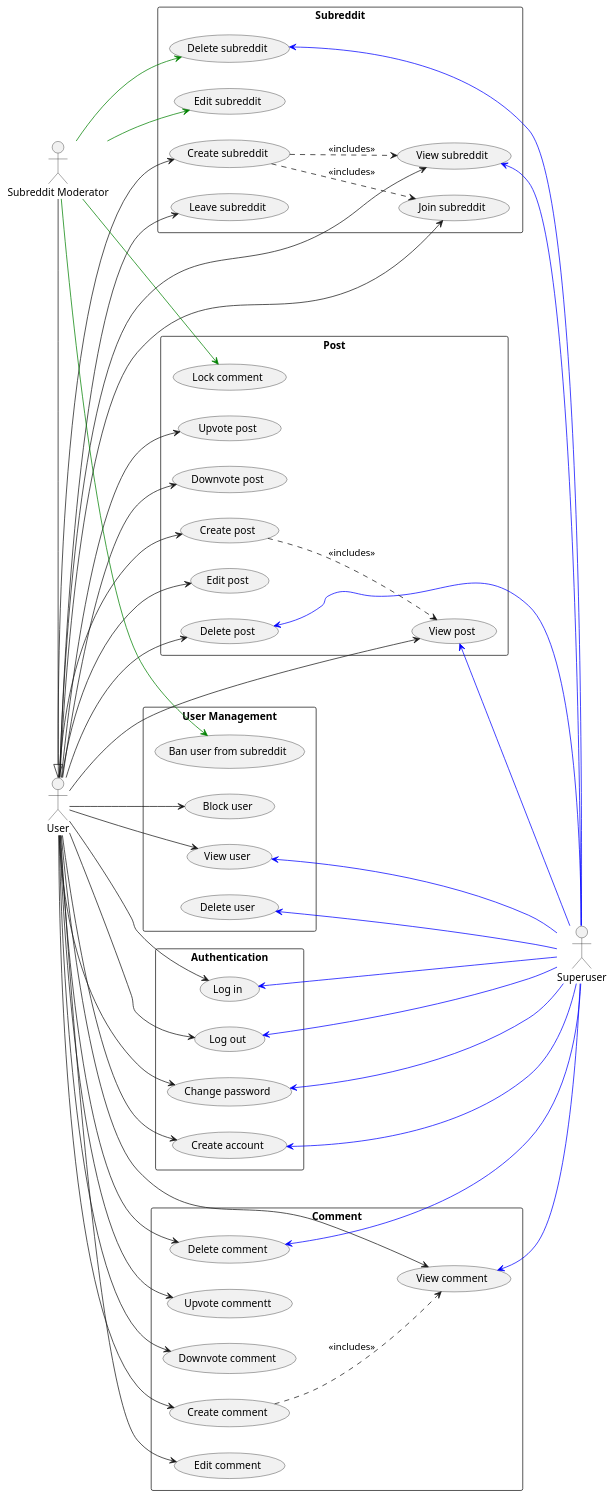
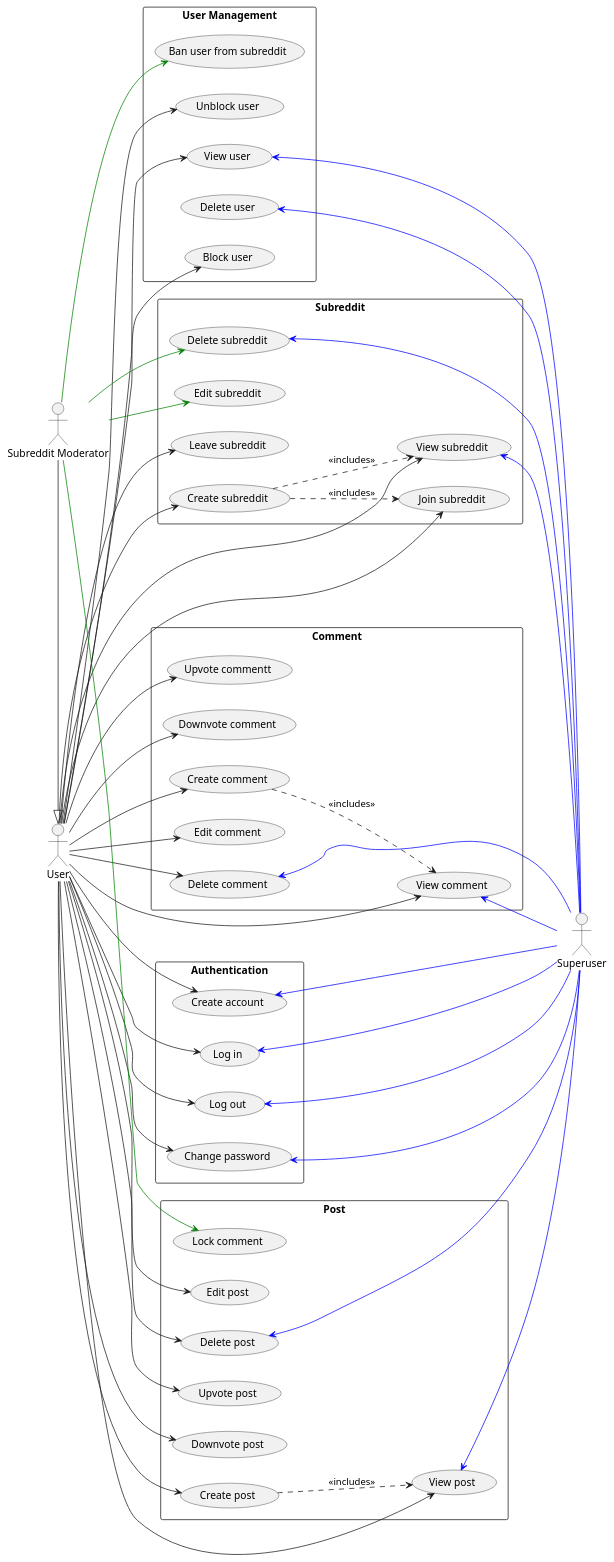
One commit to Huy-Ngo/reddit-design changed the diagram in use_case.puml. Above: the diagram before and after it, drawn with PlantUML. The commit also changed 1 other file, not shown here.

Commit message:
Add unblock use case

```diff
--- a/use_case.puml
+++ b/use_case.puml
@@ -1,107 +1,109 @@
 @startuml
 skinparam packageStyle rectangle
 left to right direction
 actor "User" as user
 actor "Subreddit Moderator" as mod
 actor "Superuser" as su
 mod -|> user
 
 rectangle Post as post {
   usecase "Create post" as post_create
   usecase "View post" as post_read
   usecase "Edit post" as post_update
   usecase "Delete post" as post_delete
 
   usecase "Upvote post" as post_up
   usecase "Downvote post" as post_down
   usecase "Lock comment" as post_lock
 }
 
 rectangle Comment as cmt {
   usecase "Create comment" as cmt_create
   usecase "View comment" as cmt_read
   usecase "Edit comment" as cmt_update
   usecase "Delete comment" as cmt_delete
 
   usecase "Upvote commentt" as cmt_up
   usecase "Downvote comment" as cmt_down
 }
 
 rectangle Subreddit as sub {
   usecase "Create subreddit" as sub_create
   usecase "View subreddit" as sub_read
   usecase "Edit subreddit" as sub_update
   usecase "Delete subreddit" as sub_delete
 
   usecase "Join subreddit" as sub_join
   usecase "Leave subreddit" as sub_leave
 }
 
 rectangle "User Management" as user_mng {
   usecase "View user" as user_read
   usecase "Delete user" as user_delete
   usecase "Block user" as user_block
+  usecase "Unblock user" as user_unblock
   usecase "Ban user from subreddit" as user_ban
 }
 
 rectangle "Authentication" as auth {
   usecase "Create account" as acc_create
   usecase "Log in" as login
   usecase "Log out" as logout
   usecase "Change password" as pwd_change
 }
 
 user --> acc_create
 user --> login
 user --> logout
 user --> pwd_change
 
 user --> post_create
 user --> post_read
 user --> post_update
 user --> post_delete
 
 user --> post_up
 user --> post_down
 
 user --> cmt_create
 user --> cmt_read
 user --> cmt_update
 user --> cmt_delete
 
 user --> cmt_up
 user --> cmt_down
 
 user --> sub_create
 user --> sub_read
 user --> sub_join
 user --> sub_leave
 
 user --> user_block
+user --> user_unblock
 user --> user_read
 
 mod -[#green]-> post_lock
 mod -[#green]-> sub_update
 mod -[#green]-> sub_delete
 mod -[#green]-> user_ban
 
 post_read   <-[#blue]- su
 post_delete <-[#blue]- su
 cmt_read    <-[#blue]- su
 cmt_delete  <-[#blue]- su
 sub_read    <-[#blue]- su
 sub_delete  <-[#blue]- su
 user_read   <-[#blue]- su
 user_delete <-[#blue]- su
 
 acc_create  <-[#blue]- su
 login       <-[#blue]- su
 logout      <-[#blue]- su
 pwd_change  <-[#blue]- su
 
 post_create ..> post_read : <<includes>>
 cmt_create ..> cmt_read : <<includes>>
 sub_create ..> sub_read : <<includes>>
 sub_create ..> sub_join : <<includes>>
 
 @enduml
```
